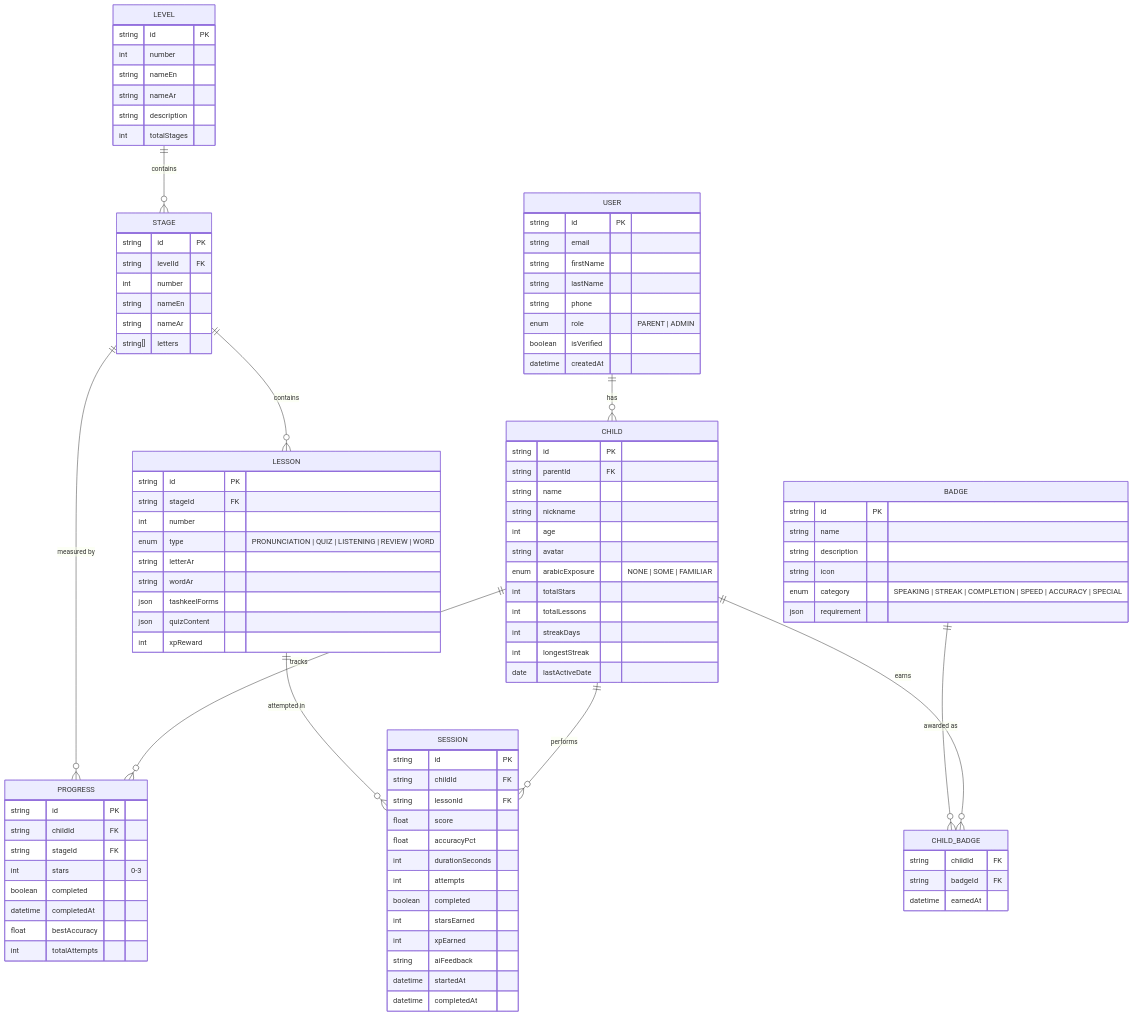
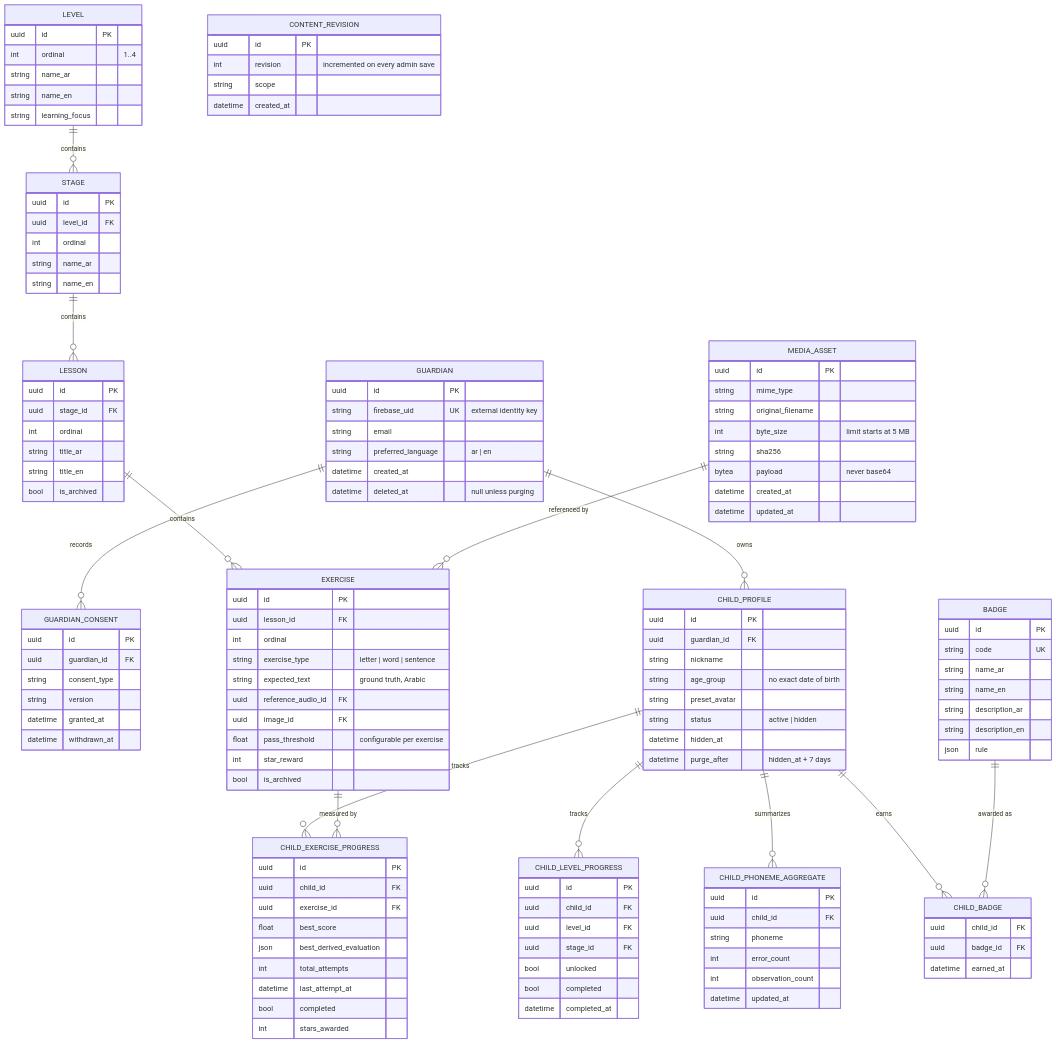
Before and after one commit to MohamedMaged9258/Yantiq: the fifth of 20 diagrams in docs/architecture/diagrams.md, drawn with Mermaid. The commit also changed other lines of this file, not shown here.

First line of the commit message:
docs: rewrite architecture diagrams against the Phase 0 baseline

````diff
--- a/docs/architecture/diagrams.md
+++ b/docs/architecture/diagrams.md
@@ -189,102 +290,134 @@
 ```mermaid
 erDiagram
-    USER ||--o{ CHILD : "has"
-    CHILD ||--o{ PROGRESS : "tracks"
-    CHILD ||--o{ SESSION : "performs"
-    CHILD ||--o{ CHILD_BADGE : "earns"
+    GUARDIAN ||--o{ GUARDIAN_CONSENT : "records"
+    GUARDIAN ||--o{ CHILD_PROFILE : "owns"
+    CHILD_PROFILE ||--o{ CHILD_EXERCISE_PROGRESS : "tracks"
+    CHILD_PROFILE ||--o{ CHILD_LEVEL_PROGRESS : "tracks"
+    CHILD_PROFILE ||--o{ CHILD_PHONEME_AGGREGATE : "summarizes"
+    CHILD_PROFILE ||--o{ CHILD_BADGE : "earns"
     BADGE ||--o{ CHILD_BADGE : "awarded as"
     LEVEL ||--o{ STAGE : "contains"
     STAGE ||--o{ LESSON : "contains"
-    STAGE ||--o{ PROGRESS : "measured by"
-    LESSON ||--o{ SESSION : "attempted in"
+    LESSON ||--o{ EXERCISE : "contains"
+    EXERCISE ||--o{ CHILD_EXERCISE_PROGRESS : "measured by"
+    MEDIA_ASSET ||--o{ EXERCISE : "referenced by"
 
-    USER {
-        string id PK
+    GUARDIAN {
+        uuid id PK
+        string firebase_uid UK "external identity key"
         string email
-        string firstName
-        string lastName
-        string phone
-        enum role "PARENT | ADMIN"
-        boolean isVerified
-        datetime createdAt
+        string preferred_language "ar | en"
+        datetime created_at
+        datetime deleted_at "null unless purging"
     }
-    CHILD {
-        string id PK
-        string parentId FK
-        string name
+    GUARDIAN_CONSENT {
+        uuid id PK
+        uuid guardian_id FK
+        string consent_type
+        string version
+        datetime granted_at
+        datetime withdrawn_at
+    }
+    CHILD_PROFILE {
+        uuid id PK
+        uuid guardian_id FK
         string nickname
-        int age
-        string avatar
-        enum arabicExposure "NONE | SOME | FAMILIAR"
-        int totalStars
-        int totalLessons
-        int streakDays
-        int longestStreak
-        date lastActiveDate
+        string age_group "no exact date of birth"
+        string preset_avatar
+        string status "active | hidden"
+        datetime hidden_at
+        datetime purge_after "hidden_at + 7 days"
     }
     LEVEL {
-        string id PK
-        int number
-        string nameEn
-        string nameAr
-        string description
-        int totalStages
+        uuid id PK
+        int ordinal "1..4"
+        string name_ar
+        string name_en
+        string learning_focus
     }
     STAGE {
-        string id PK
-        string levelId FK
-        int number
-        string nameEn
-        string nameAr
-        string[] letters
+        uuid id PK
+        uuid level_id FK
+        int ordinal
+        string name_ar
+        string name_en
     }
     LESSON {
-        string id PK
-        string stageId FK
-        int number
-        enum type "PRONUNCIATION | QUIZ | LISTENING | REVIEW | WORD"
-        string letterAr
-        string wordAr
-        json tashkeelForms
-        json quizContent
-        int xpReward
+        uuid id PK
+        uuid stage_id FK
+        int ordinal
+        string title_ar
+        string title_en
+        bool is_archived
     }
-    PROGRESS {
-        string id PK
-        string childId FK
-        string stageId FK
-        int stars "0-3"
-        boolean completed
-        datetime completedAt
-        float bestAccuracy
-        int totalAttempts
+    EXERCISE {
+        uuid id PK
+        uuid lesson_id FK
+        int ordinal
+        string exercise_type "letter | word | sentence"
+        string expected_text "ground truth, Arabic"
+        uuid reference_audio_id FK
+        uuid image_id FK
+        float pass_threshold "configurable per exercise"
+        int star_reward
+        bool is_archived
     }
-    SESSION {
-        string id PK
-        string childId FK
-        string lessonId FK
-        float score
-        float accuracyPct
-        int durationSeconds
-        int attempts
-        boolean completed
-        int starsEarned
-        int xpEarned
-        string aiFeedback
-        datetime startedAt
-        datetime completedAt
+    MEDIA_ASSET {
+        uuid id PK
+        string mime_type
+        string original_filename
+        int byte_size "limit starts at 5 MB"
+        string sha256
+        bytea payload "never base64"
+        datetime created_at
+        datetime updated_at
+    }
+    CONTENT_REVISION {
+        uuid id PK
+        int revision "incremented on every admin save"
+        string scope
+        datetime created_at
+    }
+    CHILD_EXERCISE_PROGRESS {
+        uuid id PK
+        uuid child_id FK
+        uuid exercise_id FK
+        float best_score
+        json best_derived_evaluation
+        int total_attempts
+        datetime last_attempt_at
+        bool completed
+        int stars_awarded
+    }
+    CHILD_LEVEL_PROGRESS {
+        uuid id PK
+        uuid child_id FK
+        uuid level_id FK
+        uuid stage_id FK
+        bool unlocked
+        bool completed
+        datetime completed_at
+    }
+    CHILD_PHONEME_AGGREGATE {
+        uuid id PK
+        uuid child_id FK
+        string phoneme
+        int error_count
+        int observation_count
+        datetime updated_at
     }
     BADGE {
-        string id PK
-        string name
-        string description
-        string icon
-        enum category "SPEAKING | STREAK | COMPLETION | SPEED | ACCURACY | SPECIAL"
-        json requirement
+        uuid id PK
+        string code UK
+        string name_ar
+        string name_en
+        string description_ar
+        string description_en
+        json rule
     }
     CHILD_BADGE {
-        string childId FK
-        string badgeId FK
-        datetime earnedAt
+        uuid child_id FK
+        uuid badge_id FK
+        datetime earned_at
     }
 ```
````
